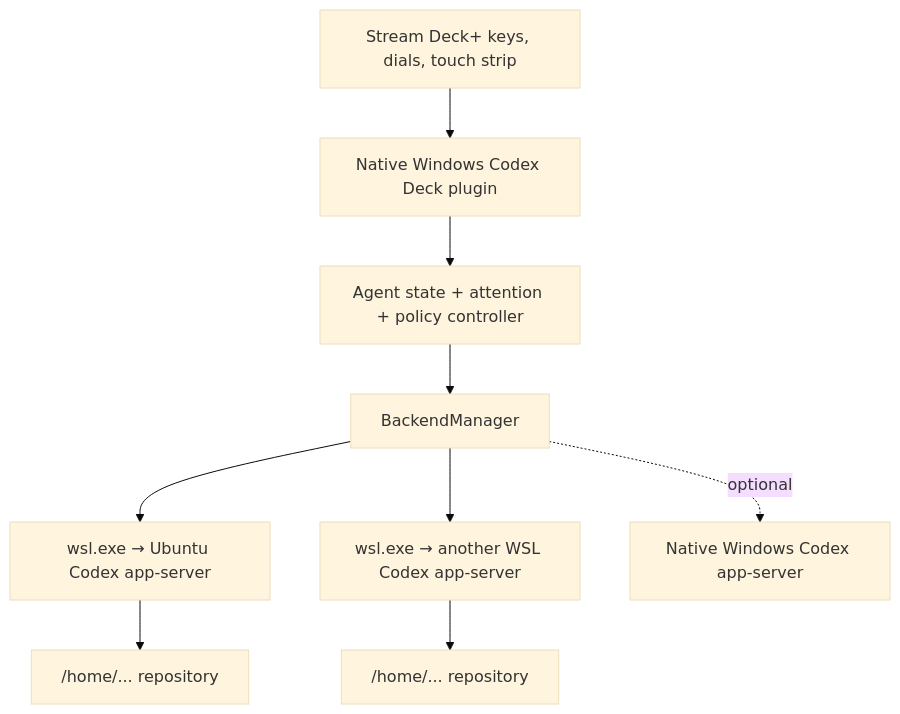
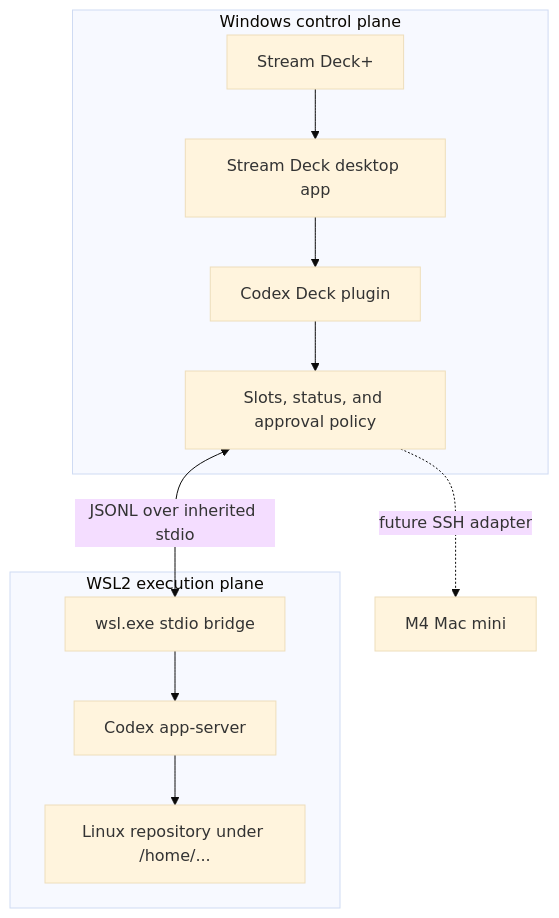
Before and after one commit to Mahdi451/codex-streamdeck-plus: the first of 2 diagrams in README.md, drawn with Mermaid (base theme). The commit also changed other lines of this file and 7 other files, not shown here.

````diff
--- a/README.md
+++ b/README.md
@@ -157,11 +78,16 @@
 ```mermaid
 flowchart TB
-  DECK["Stream Deck+ keys, dials, touch strip"] --> PLUGIN["Native Windows Codex Deck plugin"]
-  PLUGIN --> CONTROL["Agent state + attention + policy controller"]
-  CONTROL --> MANAGER["BackendManager"]
-  MANAGER --> WSL1["wsl.exe → Ubuntu Codex app-server"]
-  MANAGER --> WSL2["wsl.exe → another WSL Codex app-server"]
-  MANAGER -. optional .-> WIN["Native Windows Codex app-server"]
-  WSL1 --> REPO1["/home/... repository"]
-  WSL2 --> REPO2["/home/... repository"]
+  subgraph WIN["Windows control plane"]
+    DECK["Stream Deck+"] --> SDAPP["Stream Deck desktop app"]
+    SDAPP --> PLUGIN["Codex Deck plugin"]
+    PLUGIN --> STATE["Slots, status, and approval policy"]
+  end
+
+  subgraph WSL["WSL2 execution plane"]
+    BRIDGE["wsl.exe stdio bridge"] --> SERVER["Codex app-server"]
+    SERVER --> REPO["Linux repository under /home/..."]
+  end
+
+  STATE <-->|"JSONL over inherited stdio"| BRIDGE
+  STATE -. "future SSH adapter" .-> M4["M4 Mac mini"]
 ```
````
